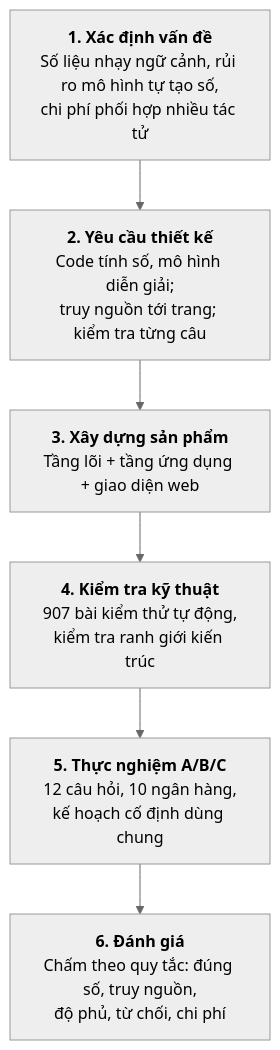
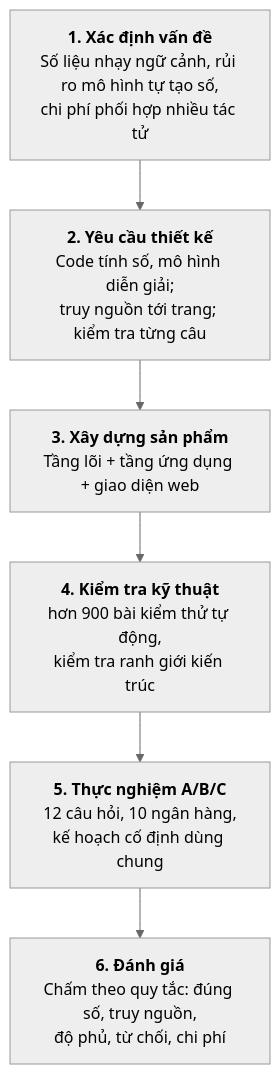
One commit to thaicuong576/final-thesis changed the diagram in docs/thesis-v2/figures/hinh-3-1-quy-trinh-dsr.mmd. Above: the diagram before and after it, drawn with Mermaid (neutral theme). The commit also changed 2 other files, not shown here.

```diff
--- a/docs/thesis-v2/figures/hinh-3-1-quy-trinh-dsr.mmd
+++ b/docs/thesis-v2/figures/hinh-3-1-quy-trinh-dsr.mmd
@@ -1,8 +1,8 @@
 flowchart TD
     S1["<b>1. Xác định vấn đề</b><br/>Số liệu nhạy ngữ cảnh, rủi ro mô hình tự tạo số,<br/>chi phí phối hợp nhiều tác tử"]
     S2["<b>2. Yêu cầu thiết kế</b><br/>Code tính số, mô hình diễn giải;<br/>truy nguồn tới trang; kiểm tra từng câu"]
     S3["<b>3. Xây dựng sản phẩm</b><br/>Tầng lõi + tầng ứng dụng + giao diện web"]
-    S4["<b>4. Kiểm tra kỹ thuật</b><br/>907 bài kiểm thử tự động,<br/>kiểm tra ranh giới kiến trúc"]
+    S4["<b>4. Kiểm tra kỹ thuật</b><br/>hơn 900 bài kiểm thử tự động,<br/>kiểm tra ranh giới kiến trúc"]
     S5["<b>5. Thực nghiệm A/B/C</b><br/>12 câu hỏi, 10 ngân hàng,<br/>kế hoạch cố định dùng chung"]
     S6["<b>6. Đánh giá</b><br/>Chấm theo quy tắc: đúng số, truy nguồn,<br/>độ phủ, từ chối, chi phí"]
     S1 --> S2 --> S3 --> S4 --> S5 --> S6
```
